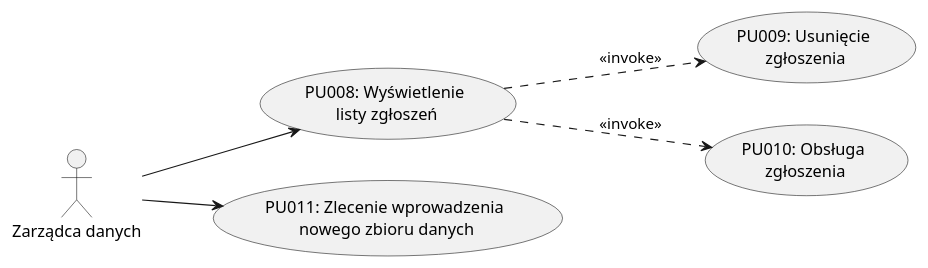
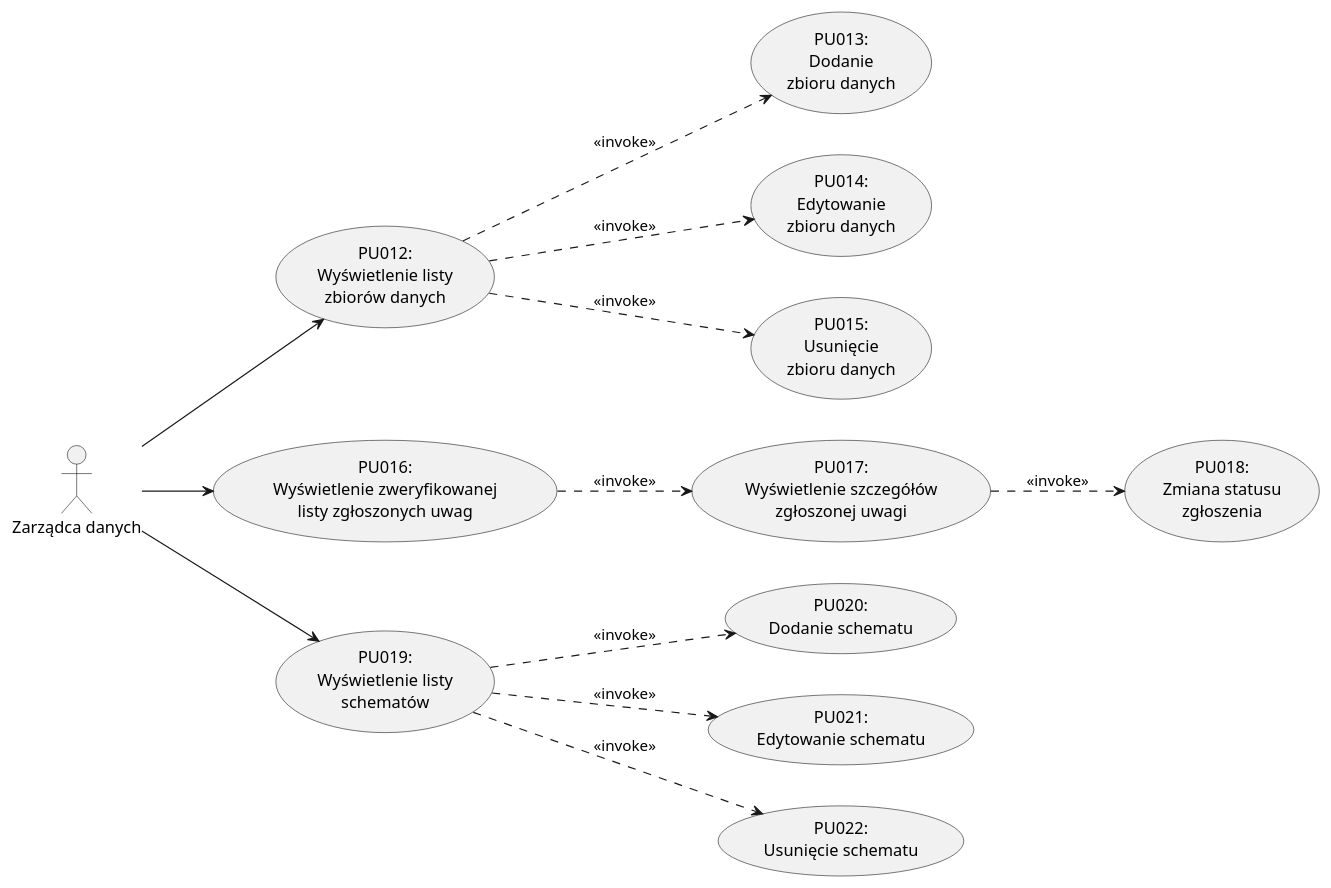
Before and after one commit to kokolodziejska/IWO: the eighth of 13 diagrams in dokumentacja.md, drawn with PlantUML. The commit also changed other lines of this file and 2 other files, not shown here.

````diff
--- a/dokumentacja.md
+++ b/dokumentacja.md
@@ -1251,18 +1258,37 @@
   ```puml
   @startuml ZarzadcaDanych
 
   left to right direction
-  actor "Zarządca danych" as User
 
-  usecase "PU008: Wyświetlenie\n listy zgłoszeń" as UC1
-  usecase "PU009: Usunięcie\n zgłoszenia" as UC2
-  usecase "PU010: Obsługa\n zgłoszenia" as UC3
-  usecase "PU011: Zlecenie wprowadzenia\n nowego zbioru danych" as UC4
+  actor "Zarządca danych" as Admin
 
-  User --> UC1
-  User --> UC4
-  UC1 ..> UC2 : <<invoke>>
-  UC1 ..> UC3 : <<invoke>>
+  usecase "PU012:\nWyświetlenie listy\nzbiorów danych" as PU012
+  usecase "PU013:\nDodanie\nzbioru danych" as PU013
+  usecase "PU014:\nEdytowanie\nzbioru danych" as PU014
+  usecase "PU015:\nUsunięcie\nzbioru danych" as PU015
+
+  usecase "PU016:\nWyświetlenie zweryfikowanej\nlisty zgłoszonych uwag" as PU016
+  usecase "PU017:\nWyświetlenie szczegółów\nzgłoszonej uwagi" as PU017
+  usecase "PU018:\nZmiana statusu\nzgłoszenia" as PU018
+
+  usecase "PU019:\nWyświetlenie listy\nschematów" as PU019
+  usecase "PU020:\nDodanie schematu" as PU020
+  usecase "PU021:\nEdytowanie schematu" as PU021
+  usecase "PU022:\nUsunięcie schematu" as PU022
+
+  Admin --> PU012
+  PU012 ..> PU013 : <<invoke>>
+  PU012 ..> PU014 : <<invoke>>
+  PU012 ..> PU015 : <<invoke>>
+
+  Admin --> PU016
+  PU016 ..> PU017 : <<invoke>>
+  PU017 ..> PU018 : <<invoke>>
+
+  Admin --> PU019
+  PU019 ..> PU020 : <<invoke>>
+  PU019 ..> PU021 : <<invoke>>
+  PU019 ..> PU022 : <<invoke>>
 
   @enduml
   ```
````
